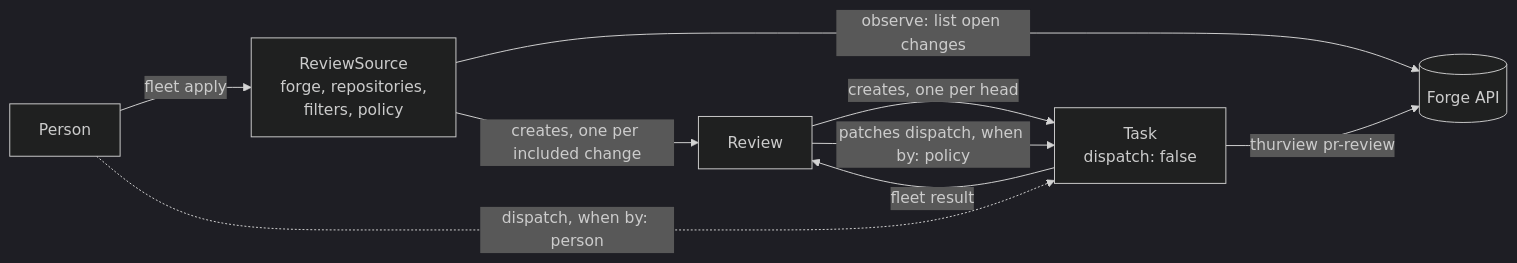
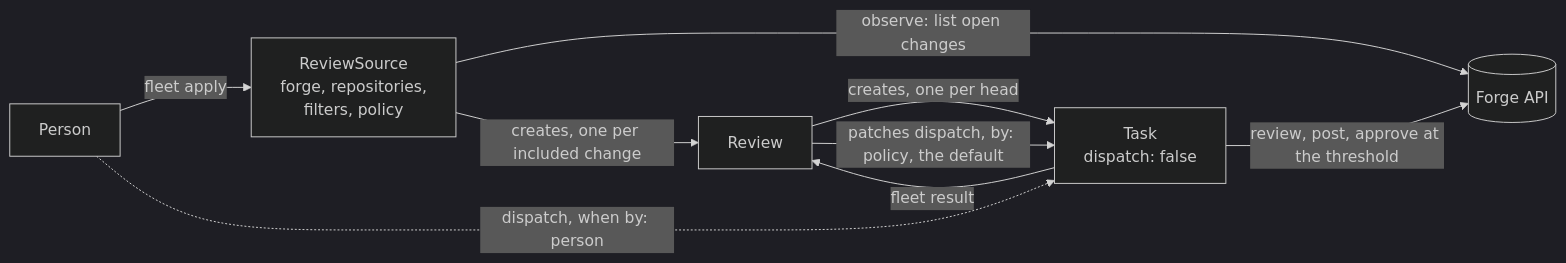
Before and after one commit to Thurbeen/fleet-reviewer: the diagram in docs/README.md, drawn with Mermaid (dark theme). The commit also changed other lines of this file and 7 other files, not shown here.

Commit message:
docs: follow requested reviews, dispatch by policy and approve at a threshold

````diff
--- a/docs/README.md
+++ b/docs/README.md
@@ -25,11 +27,11 @@
 ```mermaid
 flowchart LR
   P[Person] -->|fleet apply| S[ReviewSource<br/>forge, repositories,<br/>filters, policy]
   S -->|observe: list open changes| F[(Forge API)]
   S -->|creates, one per included change| R[Review]
   R -->|creates, one per head| T[Task<br/>dispatch: false]
+  R -->|patches dispatch, by: policy, the default| T
   P -.->|dispatch, when by: person| T
-  R -->|patches dispatch, when by: policy| T
-  T -->|thurview pr-review| F
+  T -->|review, post, approve at the threshold| F
   T -->|fleet result| R
 ```
````
